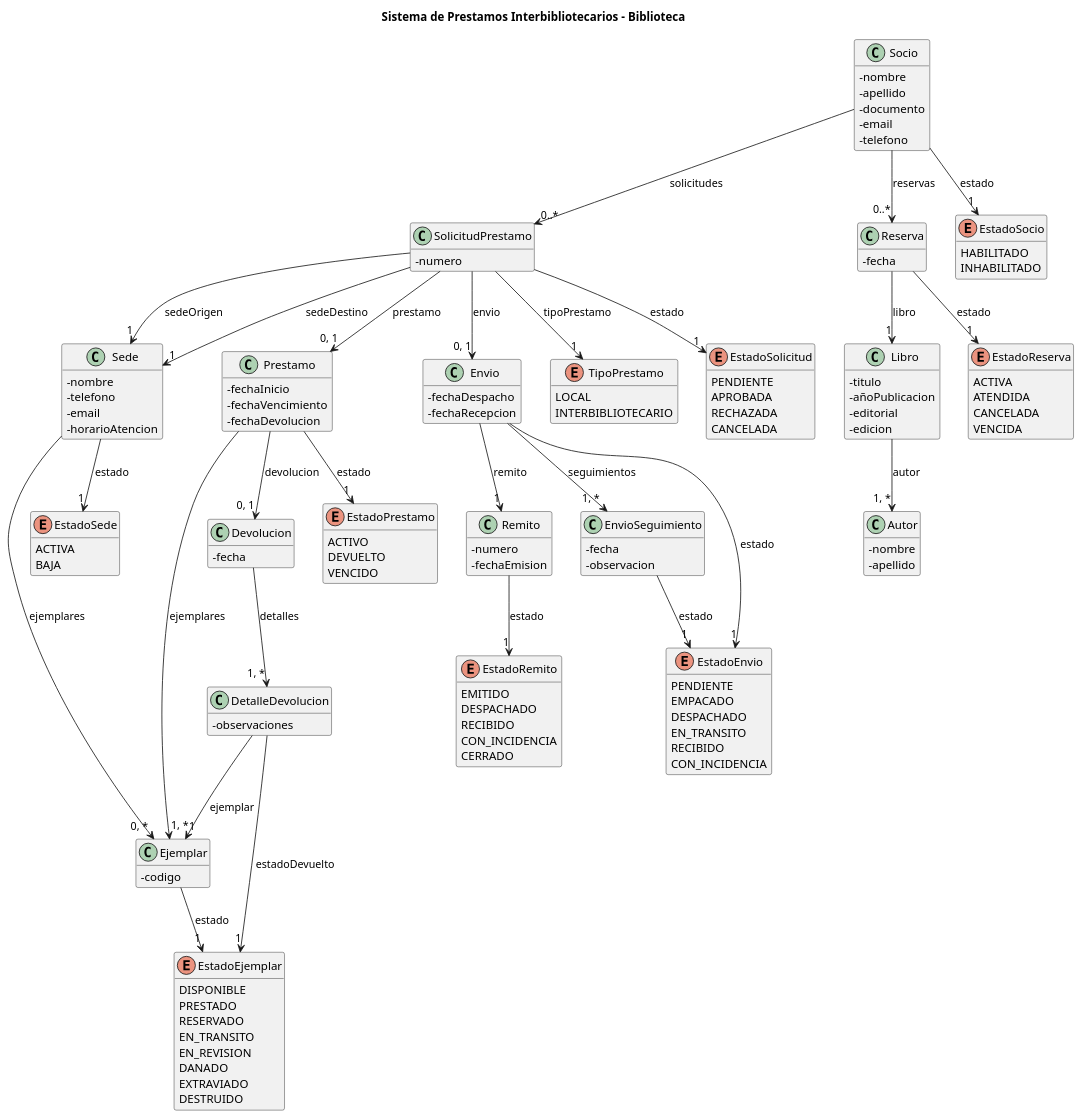
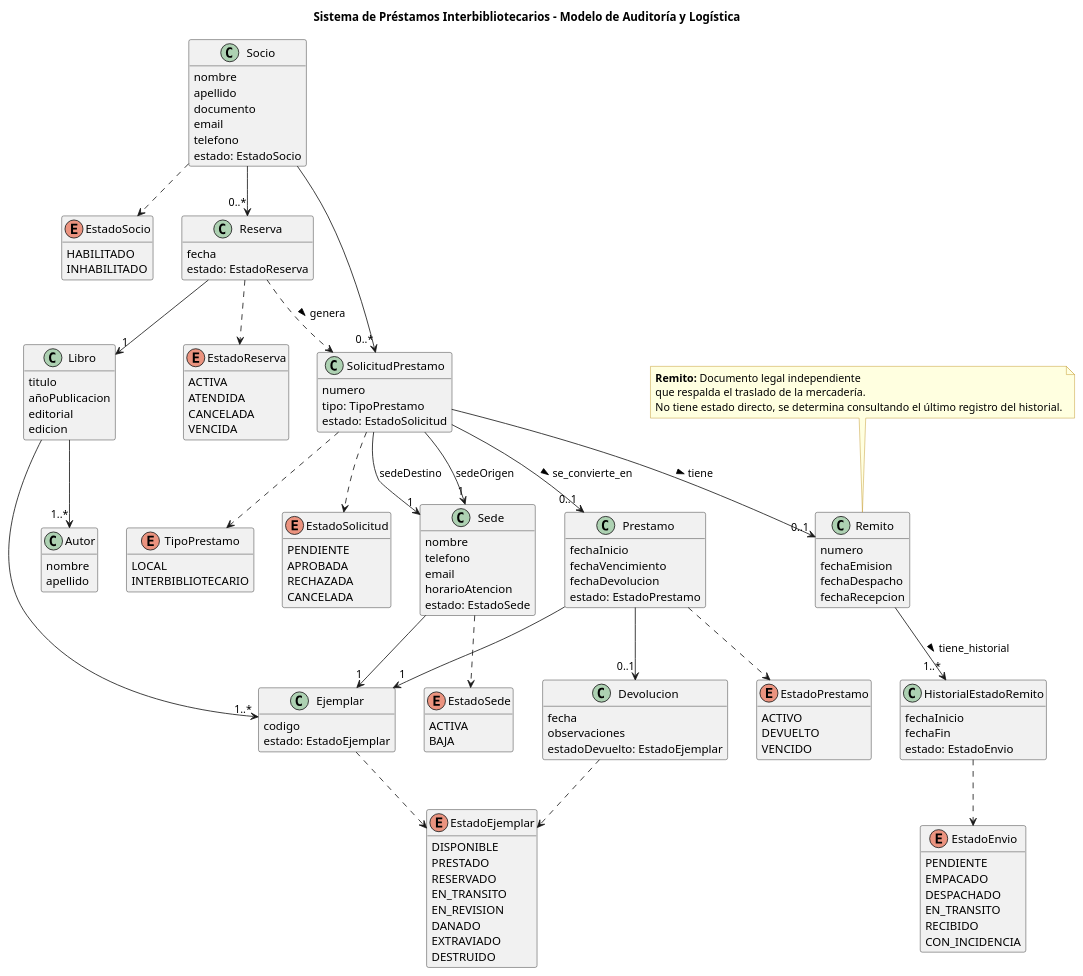
The diagram in documentation/domain-class.puml (anadruetta29/tpi-dao-2026), drawn with PlantUML before and after one commit. The commit also changed other lines of this file, not shown here.

Commit message:
diagrama de clases iterado

```diff
--- a/documentation/domain-class.puml
+++ b/documentation/domain-class.puml
@@ -2,181 +1,194 @@
 @startuml
-title Sistema de Prestamos Interbibliotecarios - Biblioteca
+title Sistema de Préstamos Interbibliotecarios - Modelo de Auditoría y Logística
 
 skinparam classAttributeIconSize 0
 hide empty methods
+skinparam noteBackgroundColor #LightYellow
+skinparam noteBorderColor #DarkGoldenRod
 
+' =========================
+' ENUMS
+' =========================
 
-class Sede {
-    - nombre
-    - telefono
-    - email
-    - horarioAtencion
-}
-
-class Socio {
-    - nombre
-    - apellido
-    - documento
-    - email
-    - telefono
-}
-
-class Libro {
-    - titulo 
-    - añoPublicacion
-    - editorial
-    - edicion
-}
-
-class Autor {
-    - nombre
-    - apellido
-}
-
-class Ejemplar {
-    - codigo 
-}
-
-class SolicitudPrestamo {
-    - numero
-}
-
-class Prestamo {
-    - fechaInicio
-    - fechaVencimiento
-    - fechaDevolucion
-}
-
-class Reserva {
-    - fecha 
-}
-
-class Devolucion {
-    - fecha
-}
-
-class DetalleDevolucion {
-    - observaciones
-}
-
-class Envio {
-    - fechaDespacho
-    - fechaRecepcion
-}
-
-class Remito {
-    - numero 
-    - fechaEmision
-}
-
-class EnvioSeguimiento {
-    - fecha
-    - observacion
+enum EstadoSocio {
+    HABILITADO
+    INHABILITADO
 }
 
 enum EstadoSede {
     ACTIVA
     BAJA
-}
-
-enum EstadoSocio {
-    HABILITADO
-    INHABILITADO
 }
 
 enum EstadoEjemplar {
     DISPONIBLE
     PRESTADO
     RESERVADO
     EN_TRANSITO
     EN_REVISION
     DANADO
     EXTRAVIADO
     DESTRUIDO
 }
 
 enum TipoPrestamo {
     LOCAL
     INTERBIBLIOTECARIO
 }
 
 enum EstadoSolicitud {
     PENDIENTE
     APROBADA
     RECHAZADA
     CANCELADA
 }
 
 enum EstadoPrestamo {
     ACTIVO
     DEVUELTO
     VENCIDO
 }
 
 enum EstadoReserva {
     ACTIVA
     ATENDIDA
     CANCELADA
     VENCIDA
 }
 
 enum EstadoEnvio {
     PENDIENTE
     EMPACADO
     DESPACHADO
     EN_TRANSITO
     RECIBIDO
     CON_INCIDENCIA
 }
 
-enum EstadoRemito {
-    EMITIDO
-    DESPACHADO
-    RECIBIDO
-    CON_INCIDENCIA
-    CERRADO
+' =========================
+' CLASES
+' =========================
+
+class Socio {
+    nombre
+    apellido
+    documento
+    email
+    telefono
+    estado: EstadoSocio
+}
+
+class Sede {
+    nombre
+    telefono
+    email
+    horarioAtencion
+    estado: EstadoSede
+}
+
+class Libro {
+    titulo 
+    añoPublicacion
+    editorial
+    edicion
+}
+
+class Autor {
+    nombre
+    apellido
+}
+
+class Ejemplar {
+    codigo 
+    estado: EstadoEjemplar
+}
+
+class Reserva {
+    fecha 
+    estado: EstadoReserva
+}
+
+class SolicitudPrestamo {
+    numero
+    tipo: TipoPrestamo
+    estado: EstadoSolicitud
+}
+
+class Prestamo {
+    fechaInicio
+    fechaVencimiento
+    fechaDevolucion
+    estado: EstadoPrestamo
+}
+
+class Devolucion {
+    fecha
+    observaciones
+    estadoDevuelto: EstadoEjemplar
+}
+
+' --- CLASES DE LOGÍSTICA REESTRUCTURADAS ---
+
+class Remito {
+    numero 
+    fechaEmision
+    fechaDespacho
+    fechaRecepcion
+}
+
+class HistorialEstadoRemito {
+    fechaInicio
+    fechaFin
+    estado: EstadoEnvio
 }
 
 ' =========================
 ' RELACIONES
 ' =========================
 
-Socio --> "0..*" SolicitudPrestamo : solicitudes
-Socio --> "0..*" Reserva : reservas 
-Socio --> "1" EstadoSocio : estado
+' 1. Flujo de usuario
+Socio --> "0..*" Reserva
+Socio --> "0..*" SolicitudPrestamo
+Reserva --> "1" Libro
+Reserva ..> SolicitudPrestamo : genera >
 
-SolicitudPrestamo --> "0, 1" Prestamo : prestamo 
-SolicitudPrestamo --> "1" EstadoSolicitud : estado
+' 2. Flujo de solicitud y logística
 SolicitudPrestamo --> "1" Sede : sedeOrigen
 SolicitudPrestamo --> "1" Sede : sedeDestino
-SolicitudPrestamo --> "0, 1" Envio : envio 
-SolicitudPrestamo --> "1" TipoPrestamo : tipoPrestamo
+SolicitudPrestamo --> "0..1" Prestamo : se_convierte_en >
+SolicitudPrestamo --> "0..1" Remito : tiene >
 
-Prestamo --> "0, 1" Devolucion : devolucion 
-Prestamo --> "1" EstadoPrestamo : estado
-Prestamo --> "1, *" Ejemplar : ejemplares
+' 3. Flujo de préstamo y ejemplares
+Prestamo --> "1" Ejemplar
+Sede --> "1" Ejemplar
+Libro --> "1..*" Autor
+Libro --> "1..*" Ejemplar
 
-Devolucion --> "1, *" DetalleDevolucion : detalles
+' 4. Flujo de devolución
+Prestamo --> "0..1" Devolucion
 
-DetalleDevolucion --> "1" Ejemplar : ejemplar
-DetalleDevolucion --> "1" EstadoEjemplar : estadoDevuelto
+' 5. Logística y Trazabilidad (Relaciones Corregidas)
+Remito --> "1..*" HistorialEstadoRemito : tiene_historial >
 
-Sede --> "1" EstadoSede : estado
-Sede --> "0, *" Ejemplar : ejemplares 
+' 6. Dependencias de tipo (Enums)
+Socio ..> EstadoSocio
+Sede ..> EstadoSede
+Ejemplar ..> EstadoEjemplar
+Reserva ..> EstadoReserva
+SolicitudPrestamo ..> EstadoSolicitud
+SolicitudPrestamo ..> TipoPrestamo
+Prestamo ..> EstadoPrestamo
+HistorialEstadoRemito ..> EstadoEnvio
+Devolucion ..> EstadoEjemplar
 
-Reserva --> "1" EstadoReserva : estado
-Reserva --> "1" Libro : libro
+' =========================
+' NOTAS
+' =========================
 
-Libro --> "1, *" Autor : autor 
-
-Ejemplar --> "1" EstadoEjemplar : estado
-
-Envio --> "1, *" EnvioSeguimiento : seguimientos
-Envio --> "1" Remito : remito
-Envio --> "1" EstadoEnvio : estado
-
-EnvioSeguimiento --> "1" EstadoEnvio : estado
-
-Remito --> "1" EstadoRemito : estado
+note top of Remito
+  **Remito:** Documento legal independiente
+  que respalda el traslado de la mercadería.
+  No tiene estado directo, se determina consultando el último registro del historial.
+end note
 
 @enduml
```
